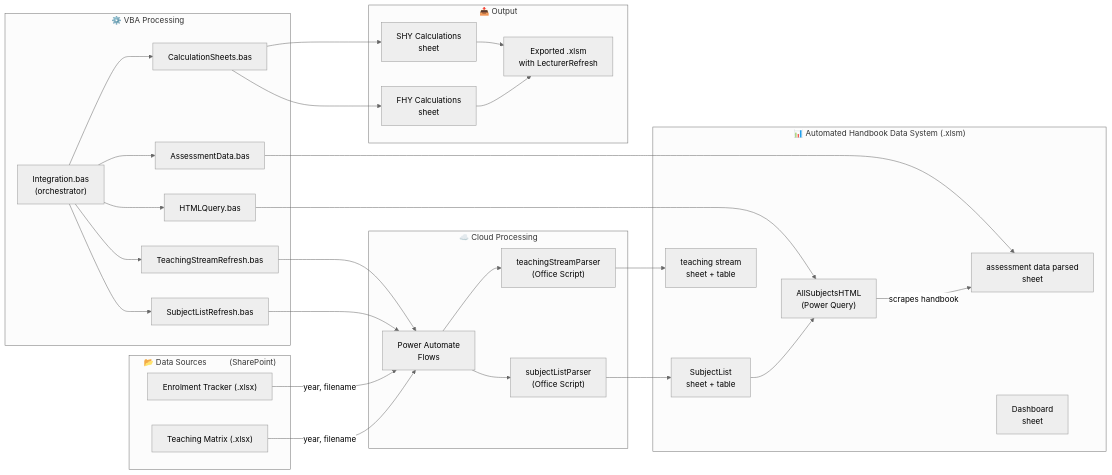
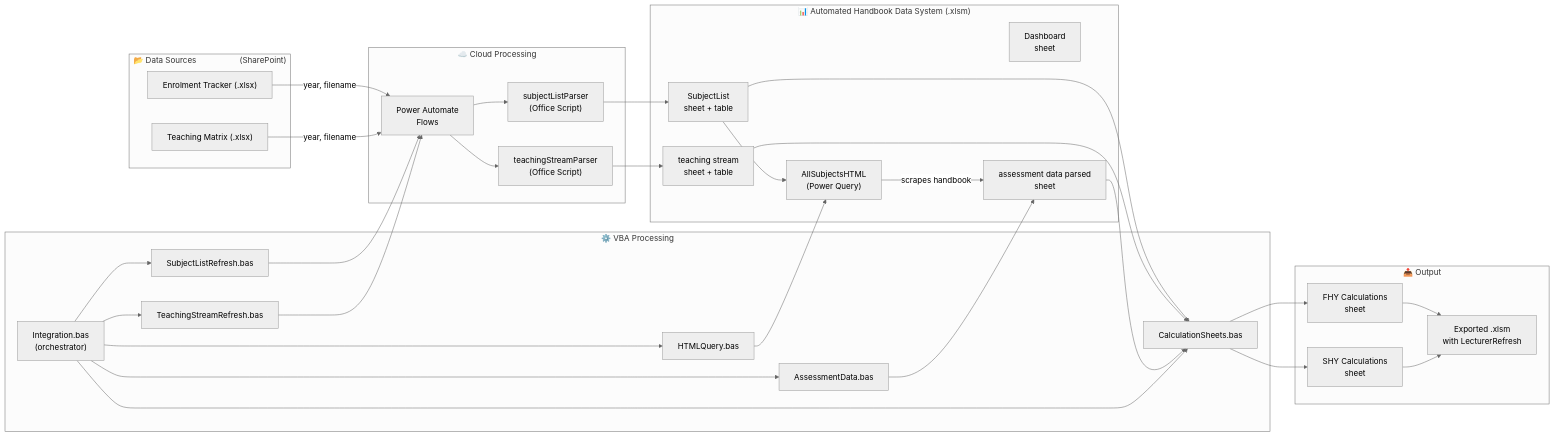
The diagram in README.md (arthurtheprogrammer/auto-handbook-system), drawn with Mermaid (neutral theme) before and after one commit. The commit also changed other lines of this file, not shown here.

Commit message:
Fix Mermaid diagram: widen data sources, reposition output after workbook

````diff
--- a/README.md
+++ b/README.md
@@ -20,58 +20,61 @@
 ```mermaid
 flowchart LR
-    subgraph Sources["📂 Data Sources &emsp; &emsp; (SharePoint)"]
+    subgraph Sources["📂 Data Sources &emsp; &emsp; &emsp; &emsp; (SharePoint)"]
         ET["Enrolment Tracker (.xlsx)"]
         TM["Teaching Matrix (.xlsx)"]
+    end
+
+    subgraph VBA["⚙️ VBA Processing"]
+        INT["Integration.bas<br>(orchestrator)"]
+        SLR["SubjectListRefresh.bas"]
+        TSR["TeachingStreamRefresh.bas"]
+        HQ["HTMLQuery.bas"]
+        ADP["AssessmentData.bas"]
+        CS["CalculationSheets.bas"]
     end
 
     subgraph Cloud["☁️ Cloud Processing"]
         PA["Power Automate<br>Flows"]
         OS1["subjectListParser<br>(Office Script)"]
         OS2["teachingStreamParser<br>(Office Script)"]
     end
 
     subgraph Workbook["📊 Automated Handbook Data System (.xlsm)"]
+        DB["Dashboard<br>sheet"]
         SL["SubjectList<br>sheet + table"]
         TS["teaching stream<br>sheet + table"]
         PQ["AllSubjectsHTML<br>(Power Query)"]
         AD["assessment data parsed<br>sheet"]
-        DB["Dashboard<br>sheet"]
-    end
-
-    subgraph VBA["⚙️ VBA Processing"]
-        INT["Integration.bas<br>(orchestrator)"]
-        SLR["SubjectListRefresh.bas"]
-        TSR["TeachingStreamRefresh.bas"]
-        HQ["HTMLQuery.bas"]
-        ADP["AssessmentData.bas"]
-        CS["CalculationSheets.bas"]
     end
 
     subgraph Output["📤 Output"]
         FHY["FHY Calculations<br>sheet"]
         SHY["SHY Calculations<br>sheet"]
         EXP["Exported .xlsm<br>with LecturerRefresh"]
     end
 
     ET -->|"year, filename"| PA
     TM -->|"year, filename"| PA
     PA --> OS1
     PA --> OS2
     OS1 --> SL
     OS2 --> TS
     SL --> PQ
     PQ -->|"scrapes handbook"| AD
     INT --> SLR
     INT --> TSR
     SLR --> PA
     TSR --> PA
     INT --> HQ
     HQ --> PQ
     INT --> ADP
     ADP --> AD
+    SL --> CS
+    TS --> CS
+    AD --> CS
     INT --> CS
     CS --> FHY
     CS --> SHY
     FHY --> EXP
     SHY --> EXP
 ```
````
